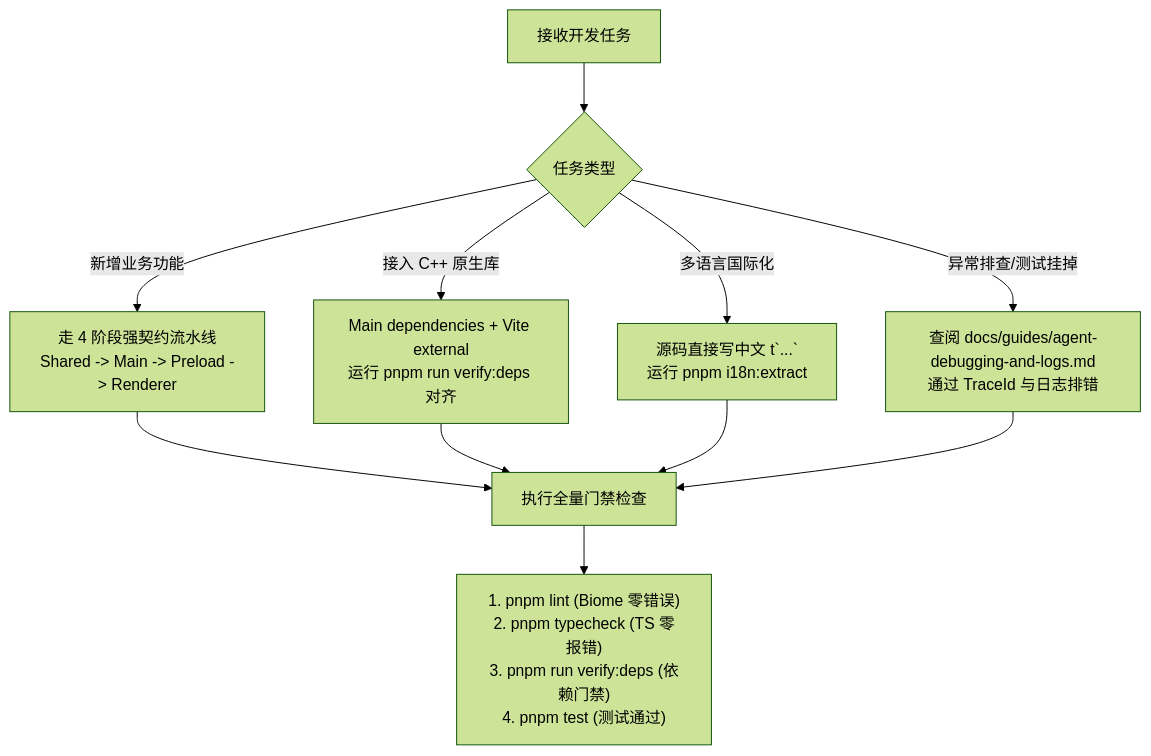
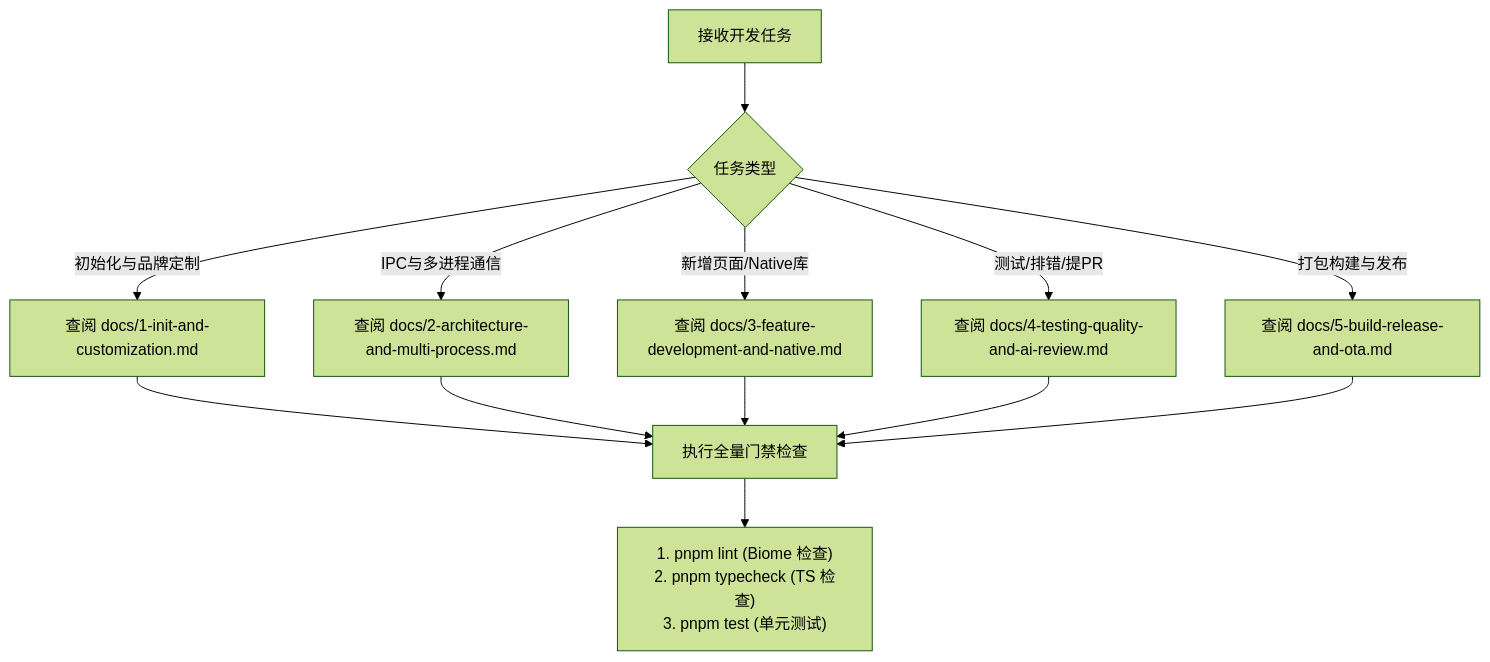
Before and after one commit to BanShan-Alec/electron-react-monorepo-template: the diagram in AGENT.md, drawn with Mermaid (forest theme). The commit also changed other lines of this file and 27 other files, not shown here.

````diff
--- a/AGENT.md
+++ b/AGENT.md
@@ -64,15 +41,17 @@
 ```mermaid
 flowchart TD
     Start[接收开发任务] --> TypeCheck{任务类型}
-    TypeCheck -->|新增业务功能| FeatPipe[走 4 阶段强契约流水线<br>Shared -> Main -> Preload -> Renderer]
-    TypeCheck -->|接入 C++ 原生库| NativePipe[Main dependencies + Vite external<br>运行 pnpm run verify:deps 对齐]
-    TypeCheck -->|多语言国际化| I18nPipe[源码直接写中文 t`...`<br>运行 pnpm i18n:extract]
-    TypeCheck -->|异常排查/测试挂掉| LogPipe[查阅 docs/guides/agent-debugging-and-logs.md<br>通过 TraceId 与日志排错]
+    TypeCheck -->|初始化与品牌定制| Step1[查阅 docs/1-init-and-customization.md]
+    TypeCheck -->|IPC与多进程通信| Step2[查阅 docs/2-architecture-and-multi-process.md]
+    TypeCheck -->|新增页面/Native库| Step3[查阅 docs/3-feature-development-and-native.md]
+    TypeCheck -->|测试/排错/提PR| Step4[查阅 docs/4-testing-quality-and-ai-review.md]
+    TypeCheck -->|打包构建与发布| Step5[查阅 docs/5-build-release-and-ota.md]
     
-    FeatPipe --> Verify[执行全量门禁检查]
-    NativePipe --> Verify
-    I18nPipe --> Verify
-    LogPipe --> Verify
+    Step1 --> Verify[执行全量门禁检查]
+    Step2 --> Verify
+    Step3 --> Verify
+    Step4 --> Verify
+    Step5 --> Verify
     
-    Verify --> Gates["1. pnpm lint (Biome 零错误)<br>2. pnpm typecheck (TS 零报错)<br>3. pnpm run verify:deps (依赖门禁)<br>4. pnpm test (测试通过)"]
+    Verify --> Gates["1. pnpm lint (Biome 检查)<br>2. pnpm typecheck (TS 检查)<br>3. pnpm test (单元测试)"]
 ```
````
